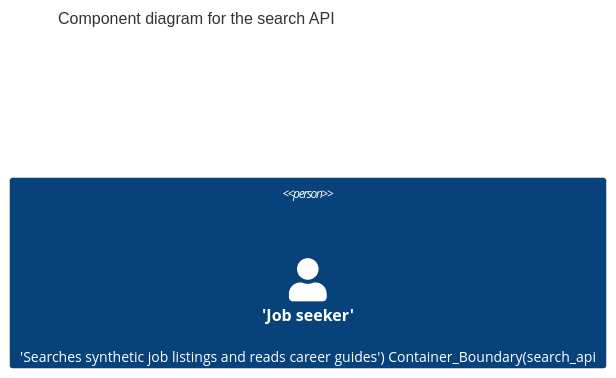
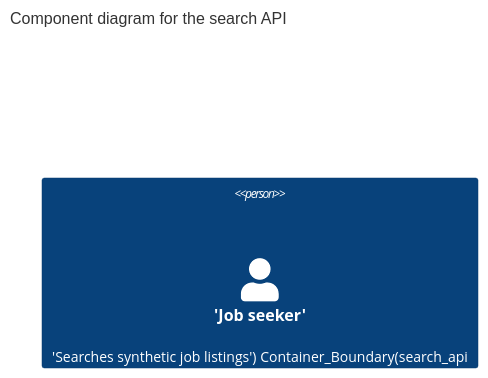
Before and after one commit to TuanKietTran/job-radar-mlops: the diagram in docs/platform/diagrams/component-search-api.mmd, drawn with Mermaid. The commit also changed 39 other files, not shown here.

```diff
--- a/docs/platform/diagrams/component-search-api.mmd
+++ b/docs/platform/diagrams/component-search-api.mmd
@@ -1,29 +1,29 @@
 %% Component diagram for the search API.
 %% Source: services api app.py and services api main.py, ADR 0007.
 %% The API is a small read path over canonical jobs with no database at request time.
 C4Component
 title Component diagram for the search API
-Person(job_seeker, 'Job seeker', 'Searches synthetic job listings and reads career guides')
+Person(job_seeker, 'Job seeker', 'Searches synthetic job listings')
 Container_Boundary(search_api, 'Search API, FastAPI served by uvicorn on port 8000') {
 Component(main_entry, 'Main entry', 'services api main.py', 'Runs uvicorn on host 0.0.0.0 port 8000')
 Component(create_app, 'Create app', 'services api app.py create_app', 'Builds the FastAPI app titled Job radar API and loads the job list once')
 Component(load_jobs, 'Load jobs', 'services api app.py load_jobs', 'Reads data processed jobs.json, or JOBS_PATH, and falls back to the sample fixture when the file is absent')
 Component(health, 'Health endpoint', 'GET health', 'Returns status ok')
 Component(list_jobs, 'List jobs endpoint', 'GET api jobs', 'Filters by q, city, industry, remote, level, salary min and max, experience, page and page size')
 Component(get_job, 'Get job endpoint', 'GET api jobs job id', 'Returns one job by id or 404')
 Component(redirect_job, 'Redirect endpoint', 'GET api redirect job id', 'Redirects with status 302 to the job source url or 404')
 Component(filters, 'Filters endpoint', 'GET api filters', 'Returns sorted cities, industries, remotes and levels from the loaded jobs')
 Component(fold, 'Fold text', 'services api app.py fold', 'Folds diacritics and lowercases text for matching')
 Component(match_salary, 'Match salary', 'services api app.py matches salary', 'Checks salary range overlap against salary min and max VND')
 Component(match_experience, 'Match experience', 'services api app.py matches experience', 'Checks the requested years against the experience range')
 Component(sorted_jobs, 'Sort jobs', 'services api app.py sorted', 'Sorts by posted at descending, then by id')
 }
 ContainerDb(canonical_jobs, 'Canonical jobs file', 'JSON at data processed jobs.json', 'Canonical jobs with a fixture fallback')
 Rel(main_entry, create_app, 'Serves the app built by')
 Rel(create_app, load_jobs, 'Loads jobs through')
 Rel(load_jobs, canonical_jobs, 'Reads')
 Rel(list_jobs, fold, 'Folds the query and the job text with')
 Rel(list_jobs, match_salary, 'Filters with')
 Rel(list_jobs, match_experience, 'Filters with')
 Rel(list_jobs, sorted_jobs, 'Orders results with')
 UpdateLayoutConfig($c4ShapeInRow="3", $c4BoundaryInRow="1")
```
